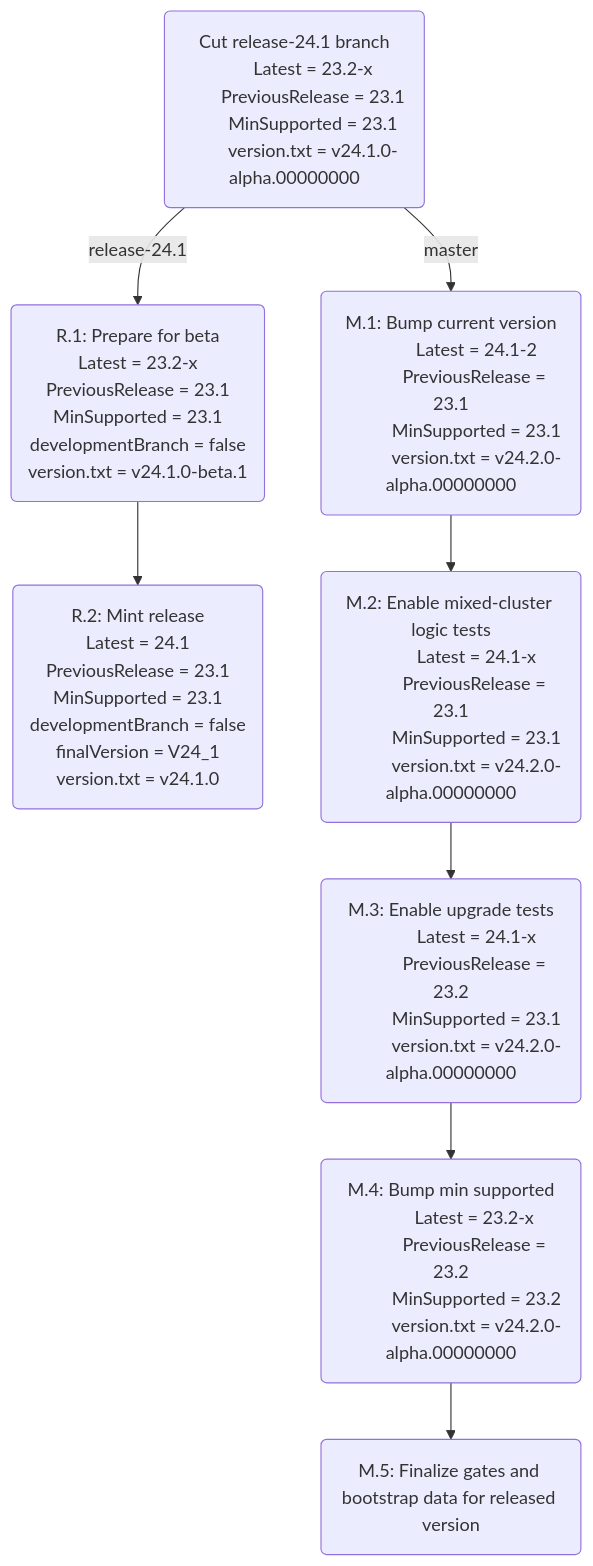
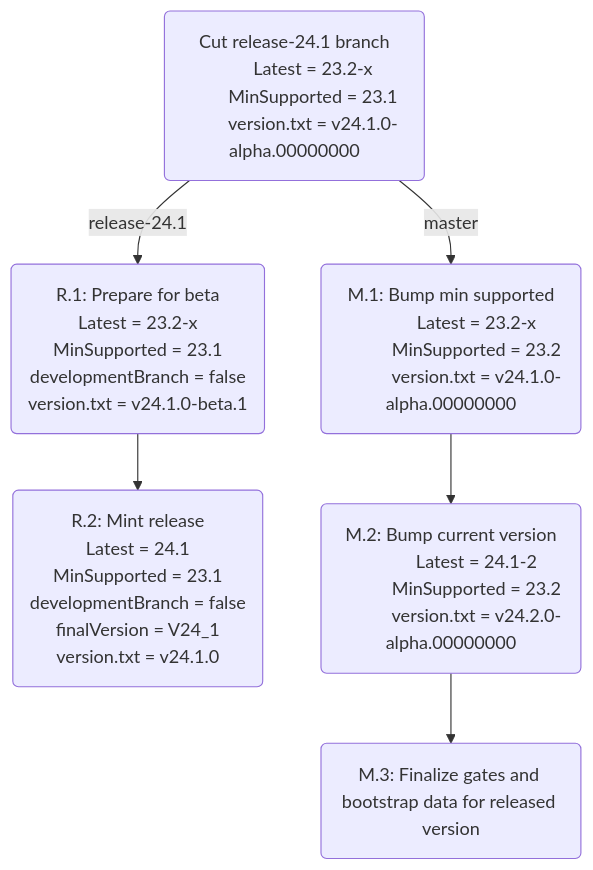
Before and after one commit to spilchen/cockroach: the diagram in pkg/clusterversion/README.md, drawn with Mermaid. The commit also changed other lines of this file and 9849 other files, not shown here.

````diff
--- a/pkg/clusterversion/README.md
+++ b/pkg/clusterversion/README.md
@@ -19,63 +19,43 @@
 ```mermaid
 graph TD;
   base("Cut release-24.1 branch
         Latest = 23.2-x
-        PreviousRelease = 23.1
         MinSupported = 23.1
         version.txt = v24.1.0-alpha.00000000")
     
   base -- release-24.1 --> rel1
   
   rel1("R.1: Prepare for beta
-        Latest = 23.2-x 
-        PreviousRelease = 23.1
+        Latest = 23.2-x
         MinSupported = 23.1
         developmentBranch = false
         version.txt = v24.1.0-beta.1")
   
   rel1 --> rel2
   
   rel2("R.2: Mint release
         Latest = 24.1
-        PreviousRelease = 23.1
         MinSupported = 23.1
         developmentBranch = false
         finalVersion = V24_1
         version.txt = v24.1.0")
 
+
   base -- master --> master1
   
-  master1("M.1: Bump current version
+  master1("M.1: Bump min supported
+           Latest = 23.2-x
+           MinSupported = 23.2
+           version.txt = v24.1.0-alpha.00000000")
+            
+  master1 --> master2
+    
+  master2("M.2: Bump current version
            Latest = 24.1-2
-           PreviousRelease = 23.1
-           MinSupported = 23.1
-           version.txt = v24.2.0-alpha.00000000")
-           
-  master1 --> master2
-  
-  master2("M.2: Enable mixed-cluster logic tests
-           Latest = 24.1-x
-           PreviousRelease = 23.1
-           MinSupported = 23.1
+           MinSupported = 23.2
            version.txt = v24.2.0-alpha.00000000")
             
   master2 --> master3
-  
-  master3("M.3: Enable upgrade tests
-           Latest = 24.1-x
-           PreviousRelease = 23.2
-           MinSupported = 23.1
-           version.txt = v24.2.0-alpha.00000000")
-           
-  master3 --> master4
-  
-  master4("M.4: Bump min supported
-           Latest = 23.2-x 
-           PreviousRelease = 23.2
-           MinSupported = 23.2
-           version.txt = v24.2.0-alpha.00000000")
-
-  master4 --> master5
-
-  master5(M.5: Finalize gates and bootstrap data for released version)
+            
+  master3(M.3: Finalize gates and bootstrap data for released version)
 ```
````
